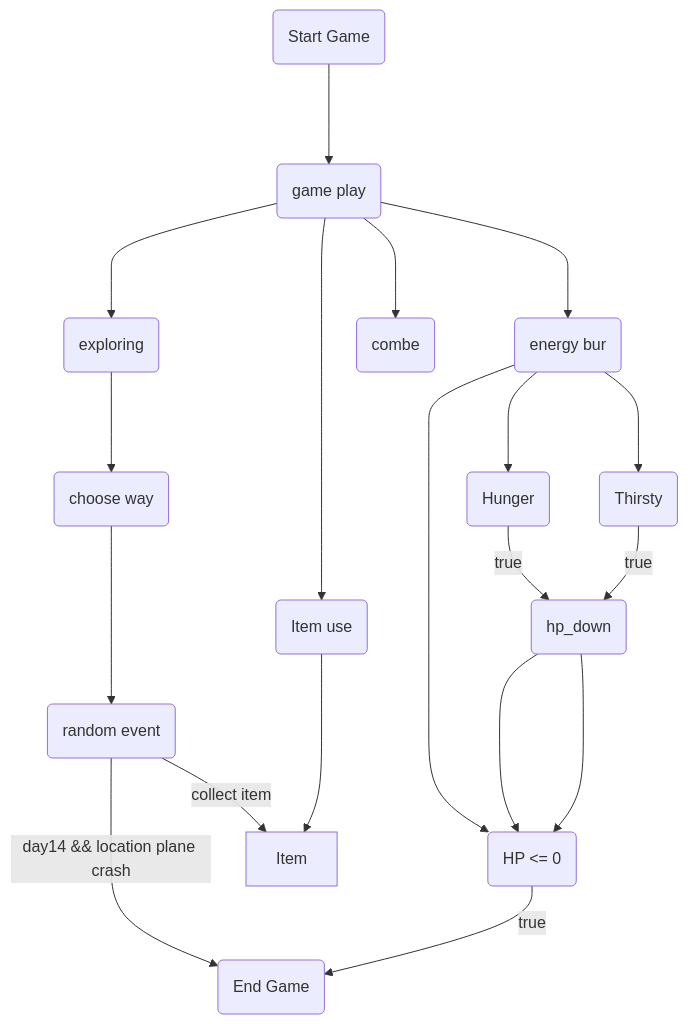
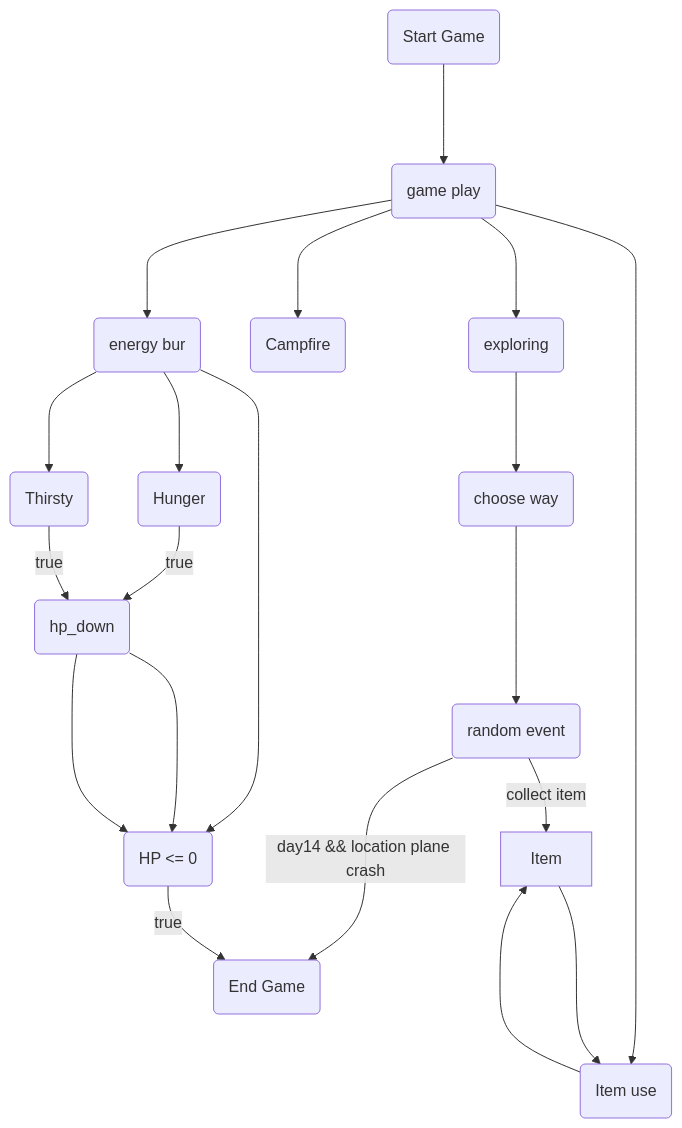
One commit to SSProgamer/C-Project changed the diagram in need me.md. Above: the diagram before and after it, drawn with Mermaid.

Commit message:
Update need me.md

````diff
--- a/need me.md
+++ b/need me.md
@@ -35,13 +35,14 @@
 ```mermaid
 flowchart TD
 start(Start Game) ---> ingame(game play)
 ingame ---> explore(exploring) ---> way(choose way) ---> event(random event)
 event --day14 && location plane crash--> e(End Game)
 event(random event) --collect item--> Item
 ingame ---> Itemuse(Item use) ---> Item
-ingame ---> combe(combe)
+Item ---> Itemuse
+ingame ---> campfire(Campfire)
 ingame ---> stack(energy bur) --->hp
 stack(energy bur) --->Hunger(Hunger) --true--> hp_down(hp_down) ---> hp
 stack(energy bur) --->Thirsty(Thirsty) --true--> hp_down(hp_down) ---> hp
 hp(HP <= 0) --true--> e(End Game)
 ```
````
